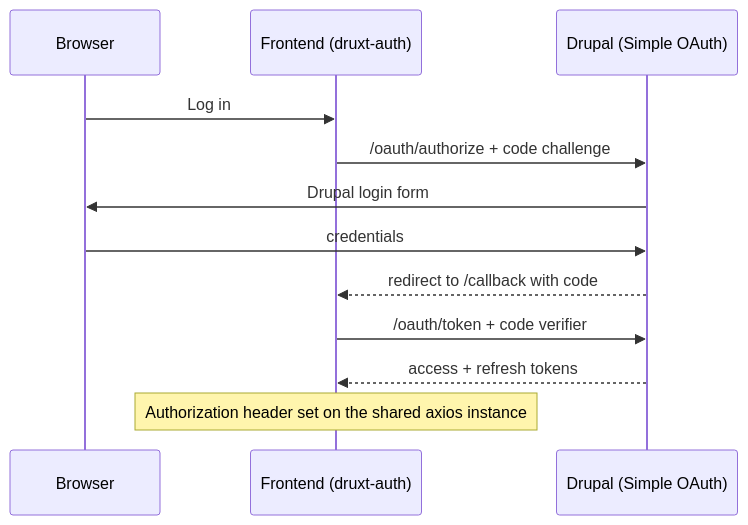
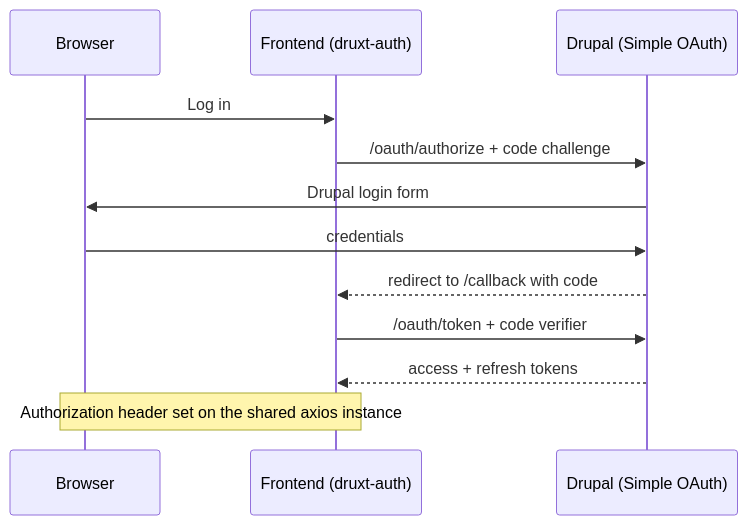
The diagram in docs/nuxt/content/how-to/authentication.md (druxt/druxt.js), drawn with Mermaid before and after one commit. The commit also changed 3 other files, not shown here.

Commit message:
docs: apply the diagram design round to the mermaid sources

````diff
--- a/docs/nuxt/content/how-to/authentication.md
+++ b/docs/nuxt/content/how-to/authentication.md
@@ -22,15 +22,15 @@
 ```mermaid
 %% The Authorization Code + PKCE login flow between browser, frontend and Drupal
 sequenceDiagram
   participant B as Browser
   participant F as Frontend (druxt-auth)
   participant D as Drupal (Simple OAuth)
   B->>F: Log in
   F->>D: /oauth/authorize + code challenge
   D->>B: Drupal login form
   B->>D: credentials
   D-->>F: redirect to /callback with code
   F->>D: /oauth/token + code verifier
   D-->>F: access + refresh tokens
-  Note over F: Authorization header set on the shared axios instance
+  Note over B,F: Authorization header set on the shared axios instance
 ```
````
